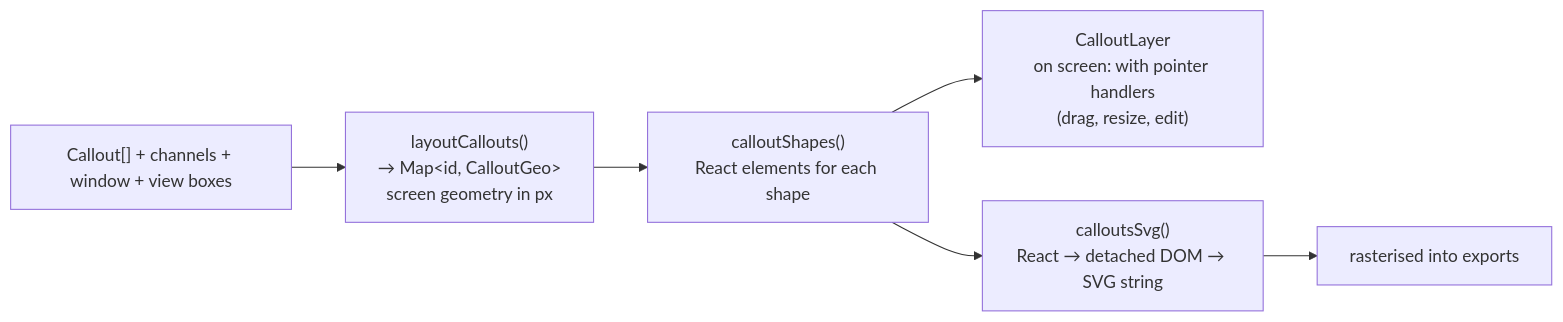
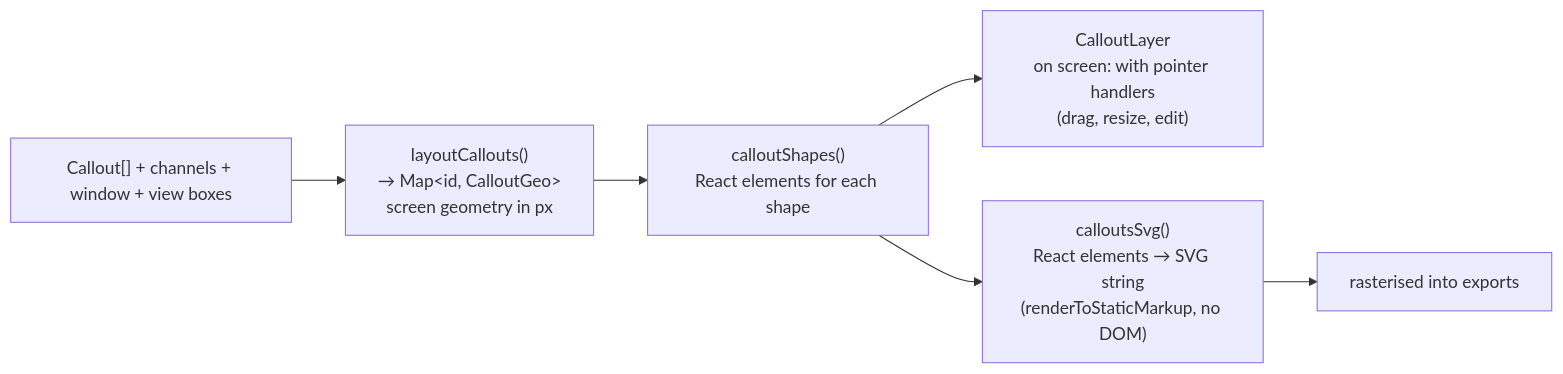
The third of 4 diagrams in docs/rendering.md (TeodorSameisky/SCOPE_VIEWER), drawn with Mermaid before and after one commit. The commit also changed other lines of this file and 49 other files, not shown here.

````diff
--- a/docs/rendering.md
+++ b/docs/rendering.md
@@ -119,8 +120,8 @@
 ```mermaid
 flowchart LR
   A["Callout[] + channels + window + view boxes"] --> B["layoutCallouts()<br/>→ Map&lt;id, CalloutGeo&gt;<br/>screen geometry in px"]
   B --> C["calloutShapes()<br/>React elements for each shape"]
   C --> D["CalloutLayer<br/>on screen: with pointer handlers<br/>(drag, resize, edit)"]
-  C --> E["calloutsSvg()<br/>React → detached DOM → SVG string"]
+  C --> E["calloutsSvg()<br/>React elements → SVG string<br/>(renderToStaticMarkup, no DOM)"]
   E --> F["rasterised into exports"]
 ```
````
